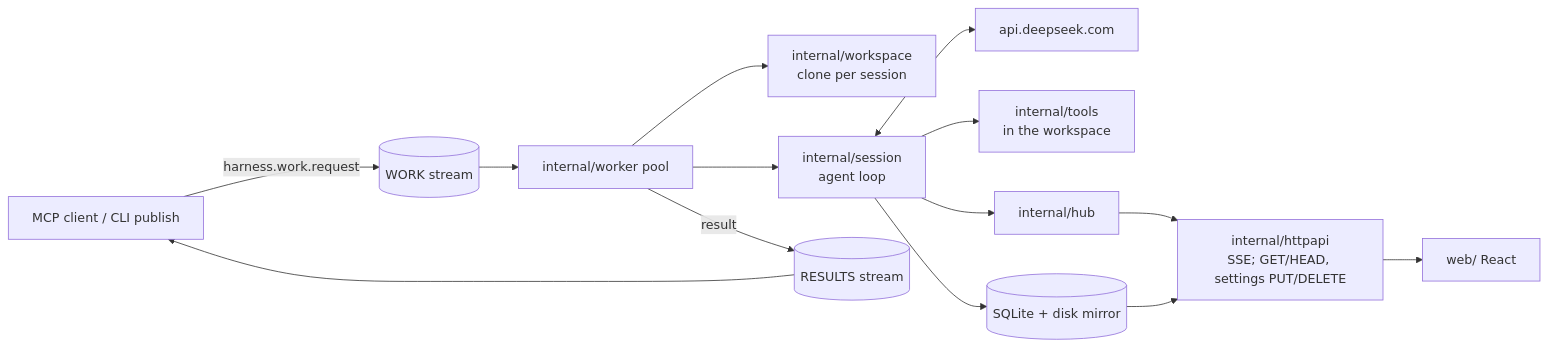
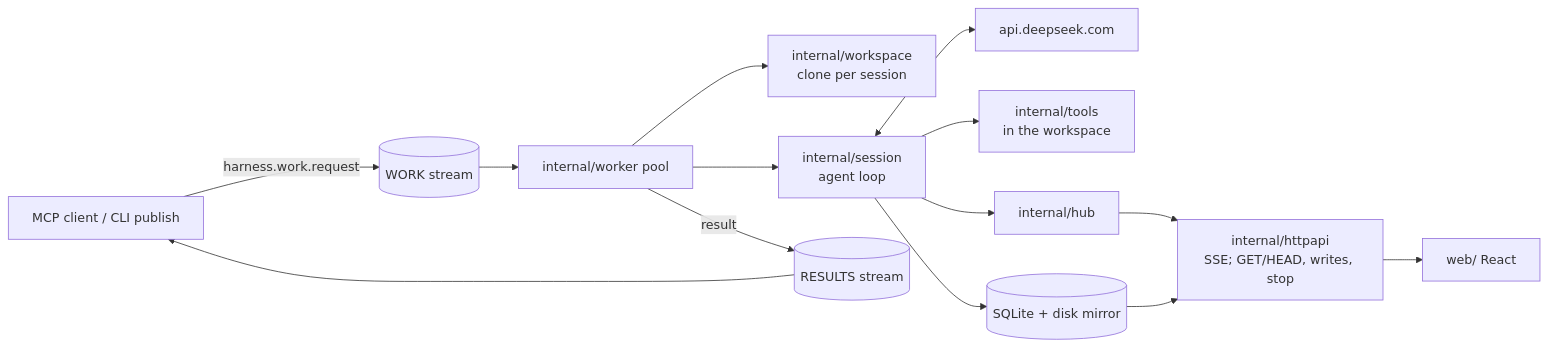
One commit to tinkerindustries/agent-harness changed the diagram in ARCHITECTURE.md. Above: the diagram before and after it, drawn with Mermaid. The commit also changed other lines of this file and 3 other files, not shown here.

````diff
--- a/ARCHITECTURE.md
+++ b/ARCHITECTURE.md
@@ -26,16 +28,16 @@
 ```mermaid
 flowchart LR
     caller[MCP client / CLI publish] -->|harness.work.request| WORK[(WORK stream)]
     WORK --> worker[internal/worker pool]
     worker --> ws[internal/workspace<br/>clone per session]
     worker --> session[internal/session<br/>agent loop]
     session <--> api[api.deepseek.com]
     session --> tools[internal/tools<br/>in the workspace]
     session --> store[(SQLite + disk mirror)]
     session --> hub[internal/hub]
-    hub --> http[internal/httpapi<br/>SSE; GET/HEAD, settings PUT/DELETE]
+    hub --> http[internal/httpapi<br/>SSE; GET/HEAD, writes, stop]
     store --> http
     http --> web[web/ React]
     worker -->|result| RESULTS[(RESULTS stream)]
     RESULTS --> caller
 ```
````
